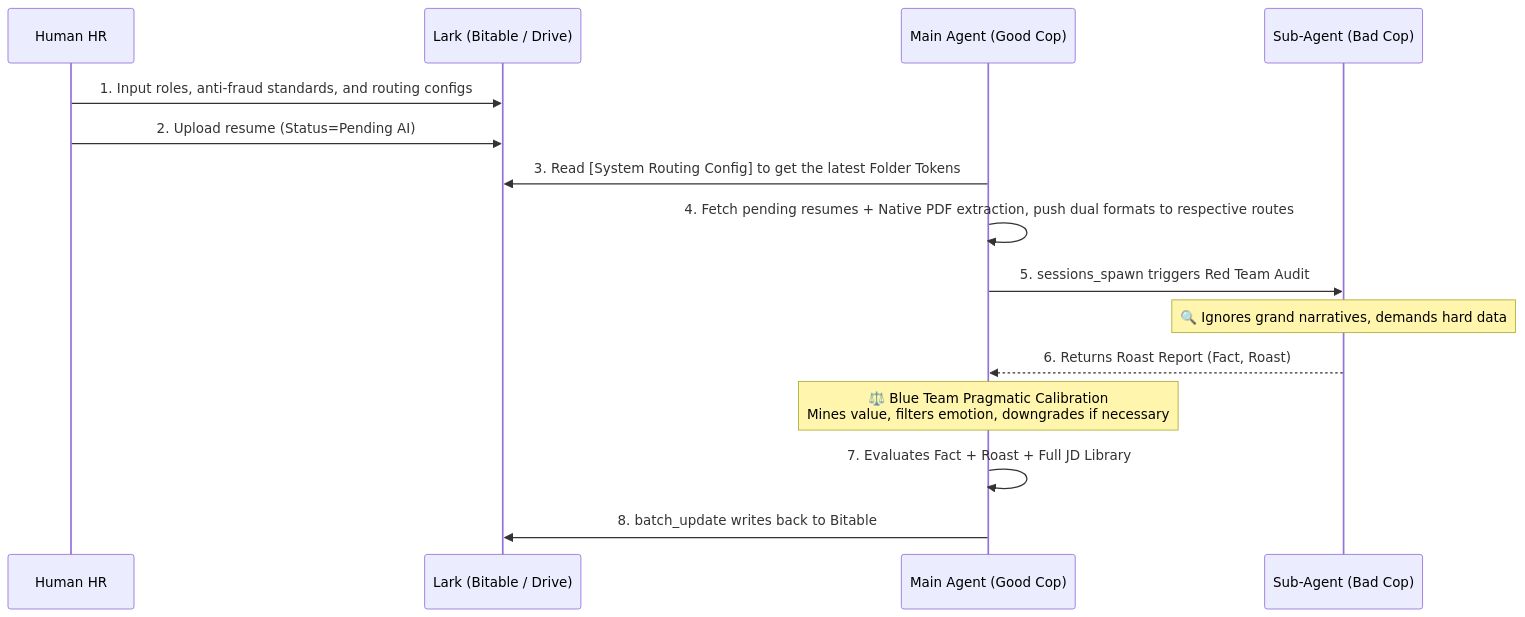
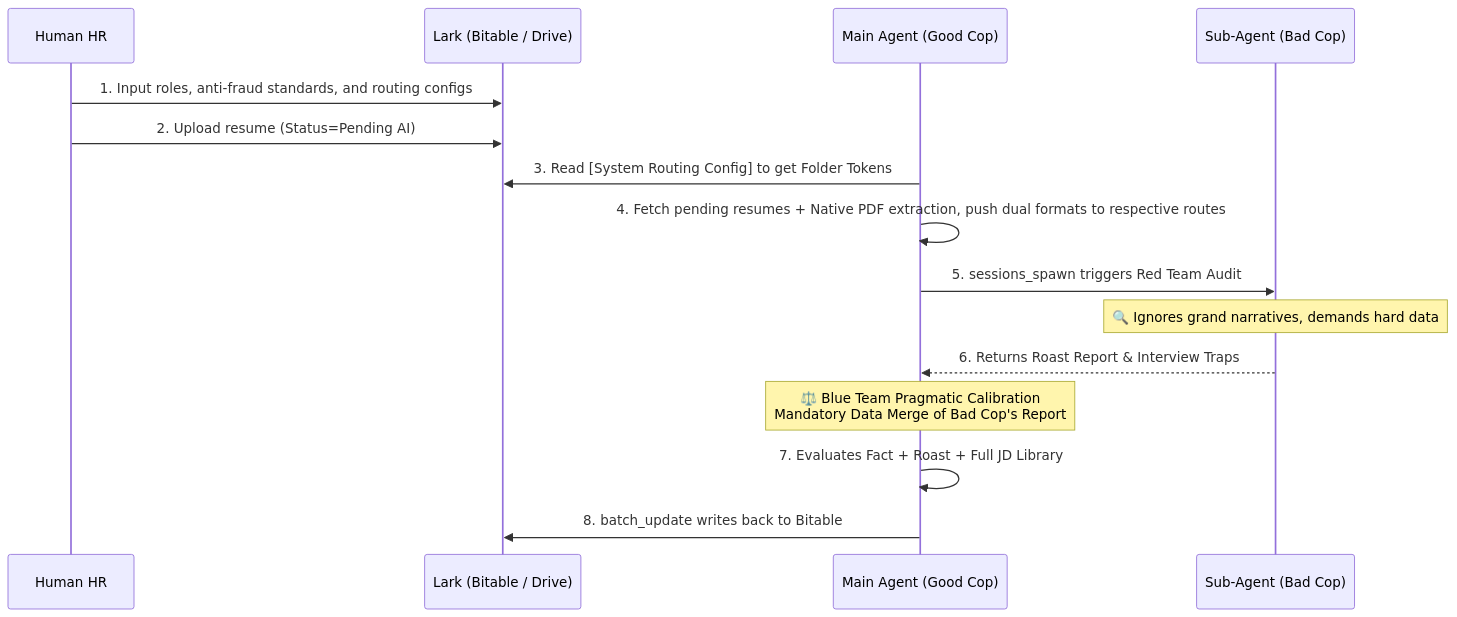
The diagram in feishu-intelligent-recruitment/SKILL_EN.md (RedMogu/skills), drawn with Mermaid before and after one commit. The commit also changed other lines of this file and 1 other file, not shown here.

Commit message:
fix: enforce Sub-Agent roast preservation in write-back protocol

````diff
--- a/feishu-intelligent-recruitment/SKILL_EN.md
+++ b/feishu-intelligent-recruitment/SKILL_EN.md
@@ -86,22 +98,22 @@
 ```mermaid
 sequenceDiagram
     participant HR as Human HR
     participant Feishu as Lark (Bitable / Drive)
     participant Main as Main Agent (Good Cop)
     participant SubAgent as Sub-Agent (Bad Cop)
 
     HR->>Feishu: 1. Input roles, anti-fraud standards, and routing configs
     HR->>Feishu: 2. Upload resume (Status=Pending AI)
     
-    Main->>Feishu: 3. Read [System Routing Config] to get the latest Folder Tokens
+    Main->>Feishu: 3. Read [System Routing Config] to get Folder Tokens
     Main->>Main: 4. Fetch pending resumes + Native PDF extraction, push dual formats to respective routes
     Main->>SubAgent: 5. sessions_spawn triggers Red Team Audit
     
     Note over SubAgent: 🔍 Ignores grand narratives, demands hard data
-    SubAgent-->>Main: 6. Returns Roast Report (Fact, Roast)
+    SubAgent-->>Main: 6. Returns Roast Report & Interview Traps
     
-    Note over Main: ⚖️ Blue Team Pragmatic Calibration<br/>Mines value, filters emotion, downgrades if necessary
+    Note over Main: ⚖️ Blue Team Pragmatic Calibration<br/>Mandatory Data Merge of Bad Cop's Report
     Main->>Main: 7. Evaluates Fact + Roast + Full JD Library
     
     Main->>Feishu: 8. batch_update writes back to Bitable
 ```
````
